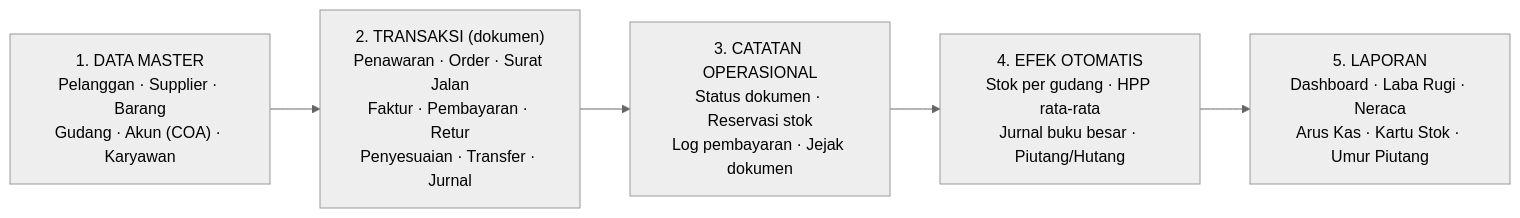
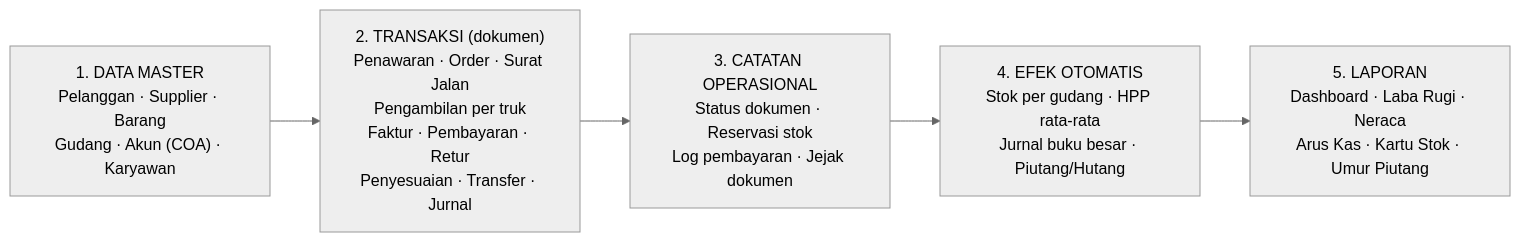
Before and after one commit to frederick-allensius/Nusantara-ERP: the diagram in docs/01-RINGKASAN-SISTEM.md, drawn with Mermaid (neutral theme). The commit also changed other lines of this file and 13 other files, not shown here.

````diff
--- a/docs/01-RINGKASAN-SISTEM.md
+++ b/docs/01-RINGKASAN-SISTEM.md
@@ -23,9 +27,9 @@
 ```mermaid
 flowchart LR
   A["1. DATA MASTER<br/>Pelanggan · Supplier · Barang<br/>Gudang · Akun (COA) · Karyawan"]
-  B["2. TRANSAKSI (dokumen)<br/>Penawaran · Order · Surat Jalan<br/>Faktur · Pembayaran · Retur<br/>Penyesuaian · Transfer · Jurnal"]
+  B["2. TRANSAKSI (dokumen)<br/>Penawaran · Order · Surat Jalan<br/>Pengambilan per truk<br/>Faktur · Pembayaran · Retur<br/>Penyesuaian · Transfer · Jurnal"]
   C["3. CATATAN OPERASIONAL<br/>Status dokumen · Reservasi stok<br/>Log pembayaran · Jejak dokumen"]
   D["4. EFEK OTOMATIS<br/>Stok per gudang · HPP rata-rata<br/>Jurnal buku besar · Piutang/Hutang"]
   E["5. LAPORAN<br/>Dashboard · Laba Rugi · Neraca<br/>Arus Kas · Kartu Stok · Umur Piutang"]
   A --> B --> C --> D --> E
 ```
````
